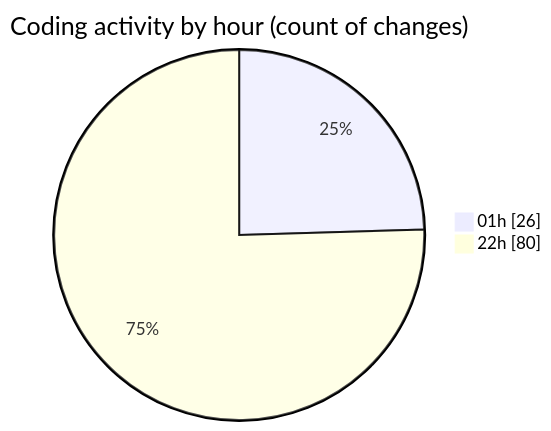
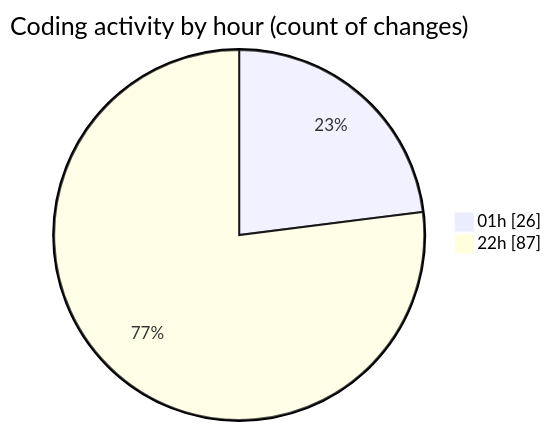
The second of 2 diagrams in 2025-01-28/0starter_files/README.md (Ritupan-Deka/code-tracking), drawn with Mermaid before and after one commit. The commit also changed other lines of this file and 1 other file, not shown here.

````diff
--- a/2025-01-28/0starter_files/README.md
+++ b/2025-01-28/0starter_files/README.md
@@ -28,6 +28,6 @@
 ```mermaid
 pie showData
 title Coding activity by hour (count of changes)
 "01h" : 26
-"22h" : 80
+"22h" : 87
 ```
````
